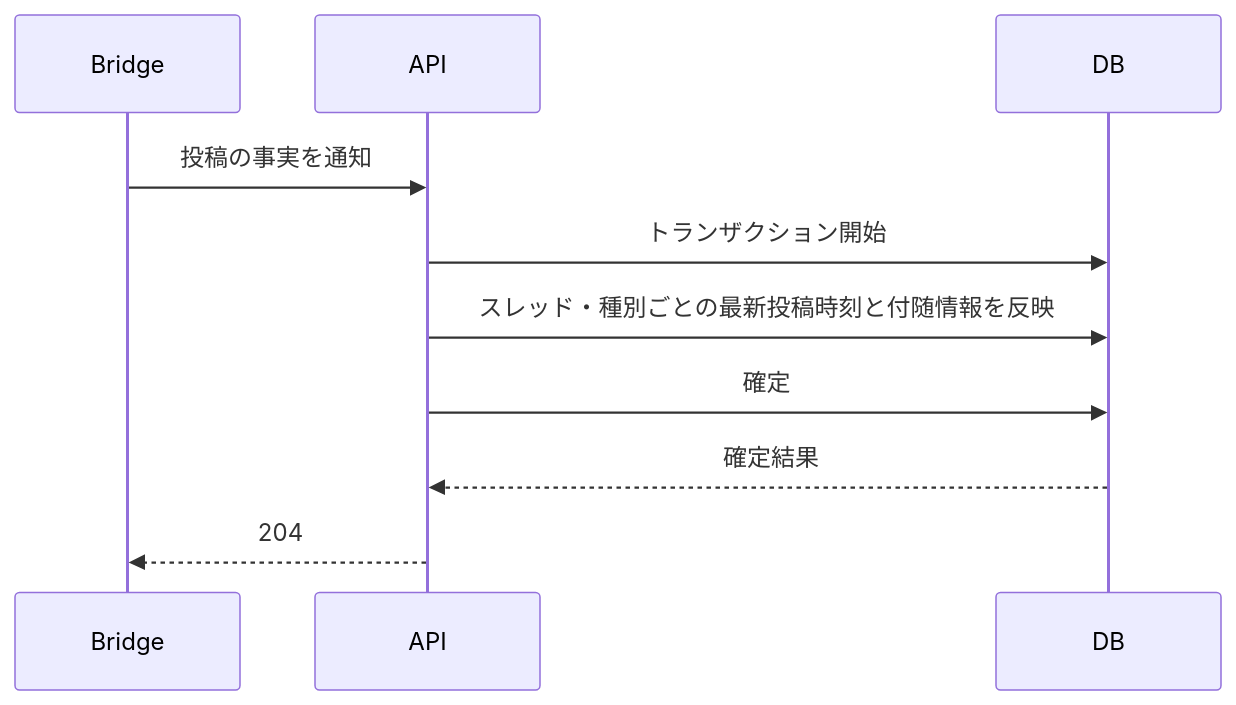
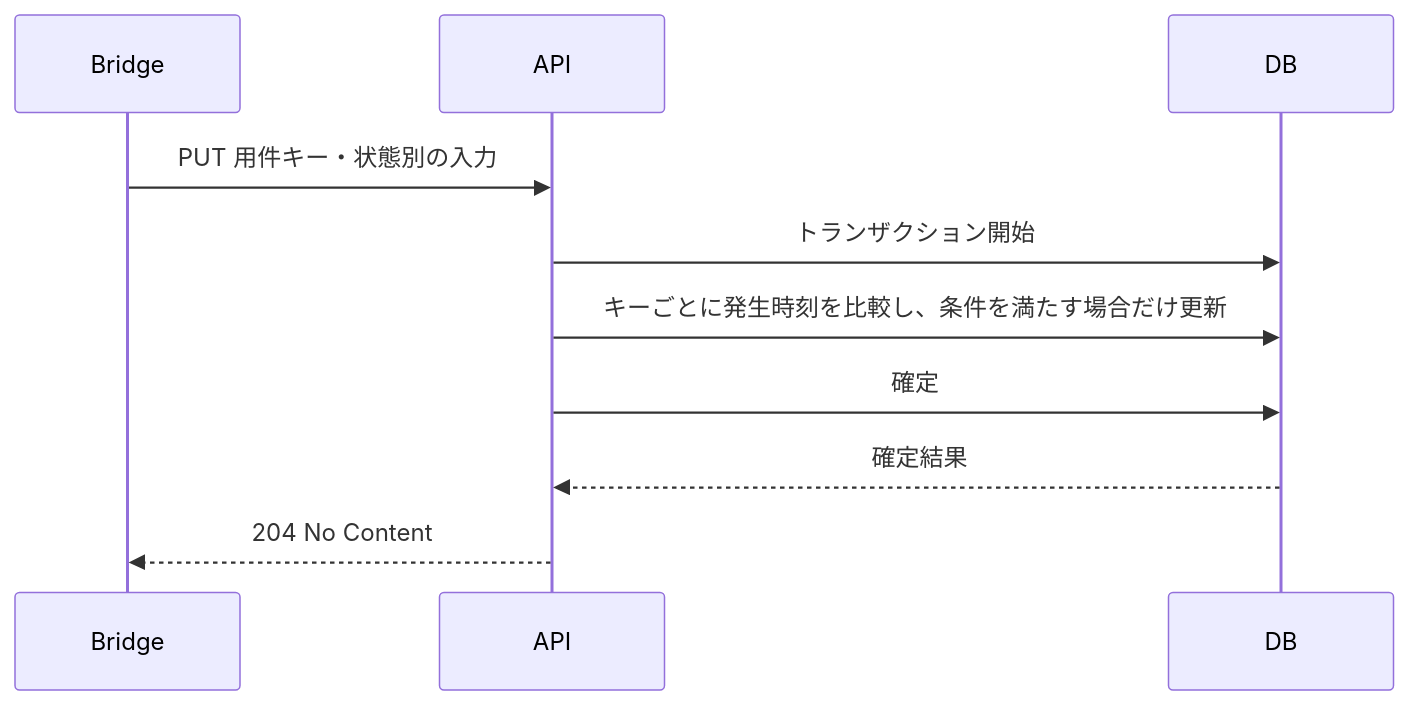
The third of 4 diagrams in reply-watch/docs/spec/features/reply-tracking/API.md (nishimura-yuma77/preview), drawn with Mermaid before and after one commit. The commit also changed other lines of this file and 7 other files, not shown here.

````diff
--- a/reply-watch/docs/spec/features/reply-tracking/API.md
+++ b/reply-watch/docs/spec/features/reply-tracking/API.md
@@ -87,9 +97,9 @@
 ```mermaid
 sequenceDiagram
-    Bridge->>API: 投稿の事実を通知
+    Bridge->>API: PUT 用件キー・状態別の入力
     API->>DB: トランザクション開始
-    API->>DB: スレッド・種別ごとの最新投稿時刻と付随情報を反映
+    API->>DB: キーごとに発生時刻を比較し、条件を満たす場合だけ更新
     API->>DB: 確定
     DB-->>API: 確定結果
-    API-->>Bridge: 204
+    API-->>Bridge: 204 No Content
 ```
````
